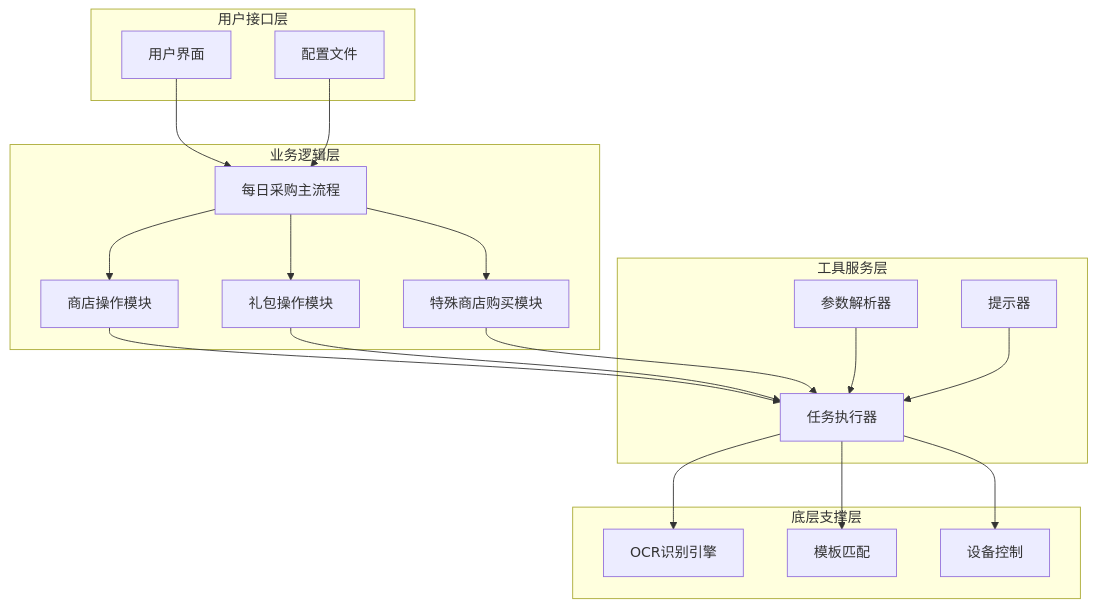
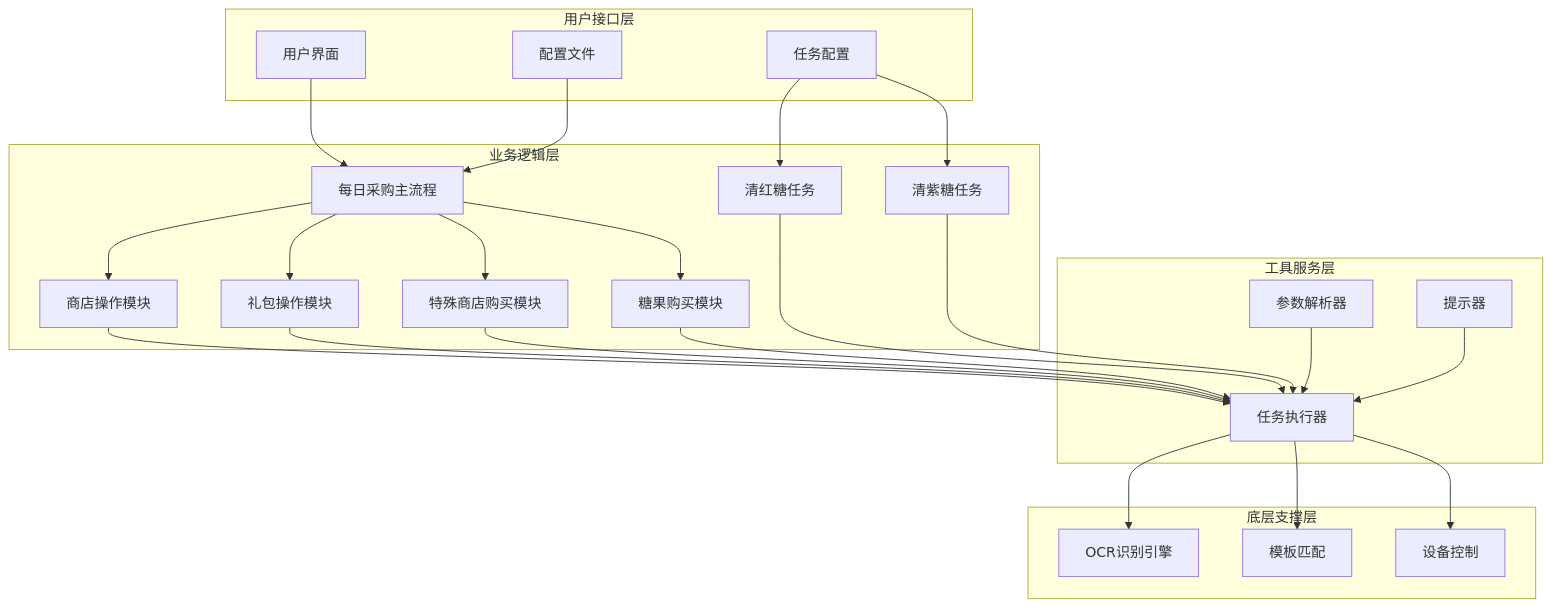
Before and after one commit to kqcoxn/MaaDuDuL: the second of 13 diagrams in .qoder/repowiki/zh/content/核心功能详解/日常任务功能/每日采购功能.md, drawn with Mermaid. The commit also changed other lines of this file and 9 other files, not shown here.

````diff
--- a/.qoder/repowiki/zh/content/核心功能详解/日常任务功能/每日采购功能.md
+++ b/.qoder/repowiki/zh/content/核心功能详解/日常任务功能/每日采购功能.md
@@ -124,36 +138,46 @@
 ```mermaid
 graph TD
 subgraph "用户接口层"
 UI[用户界面]
 Config[配置文件]
+TaskConfig[任务配置]
 end
 subgraph "业务逻辑层"
 Purchase[每日采购主流程]
 Store[商店操作模块]
 Gift[礼包操作模块]
 SpecialStore[特殊商店购买模块]
+Candy[糖果购买模块]
+ClearRed[清红糖任务]
+ClearPurple[清紫糖任务]
 end
 subgraph "工具服务层"
 Tasker[任务执行器]
 Param[参数解析器]
 Prompt[提示器]
 end
 subgraph "底层支撑层"
 OCR[OCR识别引擎]
 Template[模板匹配]
 Controller[设备控制]
 end
 UI --> Purchase
 Config --> Purchase
+TaskConfig --> ClearRed
+TaskConfig --> ClearPurple
 Purchase --> Store
 Purchase --> Gift
 Purchase --> SpecialStore
+Purchase --> Candy
 Store --> Tasker
 Gift --> Tasker
 SpecialStore --> Tasker
+Candy --> Tasker
+ClearRed --> Tasker
+ClearPurple --> Tasker
 Tasker --> OCR
 Tasker --> Template
 Tasker --> Controller
 Param --> Tasker
 Prompt --> Tasker
 ```
````
